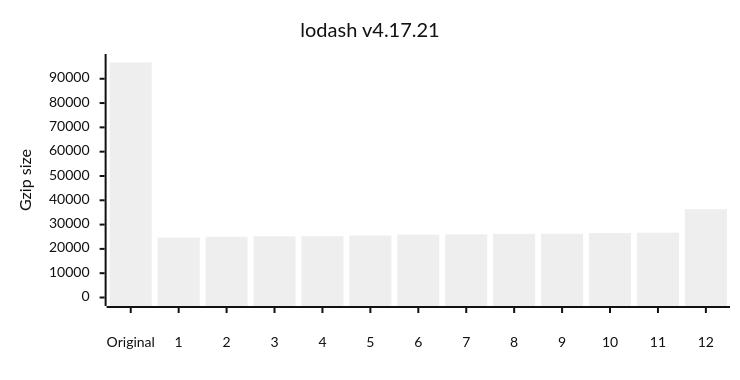
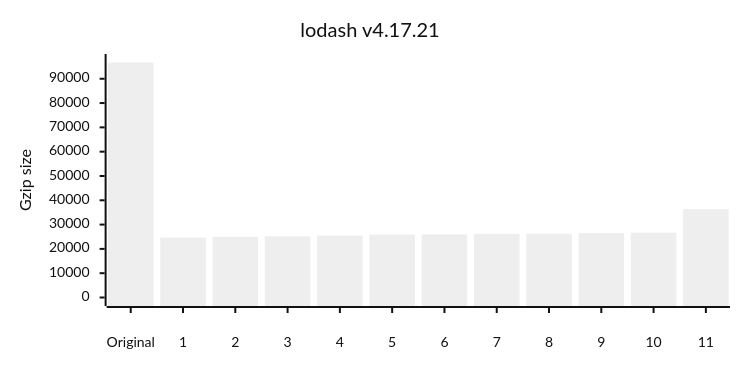
Before and after one commit to privatenumber/minification-benchmarks: the fifth of 12 diagrams in README.md, drawn with Mermaid (neutral theme). The commit also changed other lines of this file, not shown here.

````diff
--- a/README.md
+++ b/README.md
@@ -230,17 +242,17 @@
 ```mermaid
 ---
 config:
     xyChart:
         width: 720
         height: 360
         xAxis:
             labelPadding: 20
         yAxis:
             labelPadding: 10
 ---
 xychart-beta
 	title "lodash v4.17.21"
-	x-axis ["Original",1,2,3,4,5,6,7,8,9,10,11,12]
+	x-axis ["Original",1,2,3,4,5,6,7,8,9,10,11]
 	y-axis "Gzip size" 0 --> 96690
-	bar [96690,24686,24972,25186,25219,25503,25862,25979,26200,26221,26498,26655,36327]
+	bar [96690,24686,24972,25186,25503,25862,25979,26200,26221,26498,26655,36327]
 ```
````
